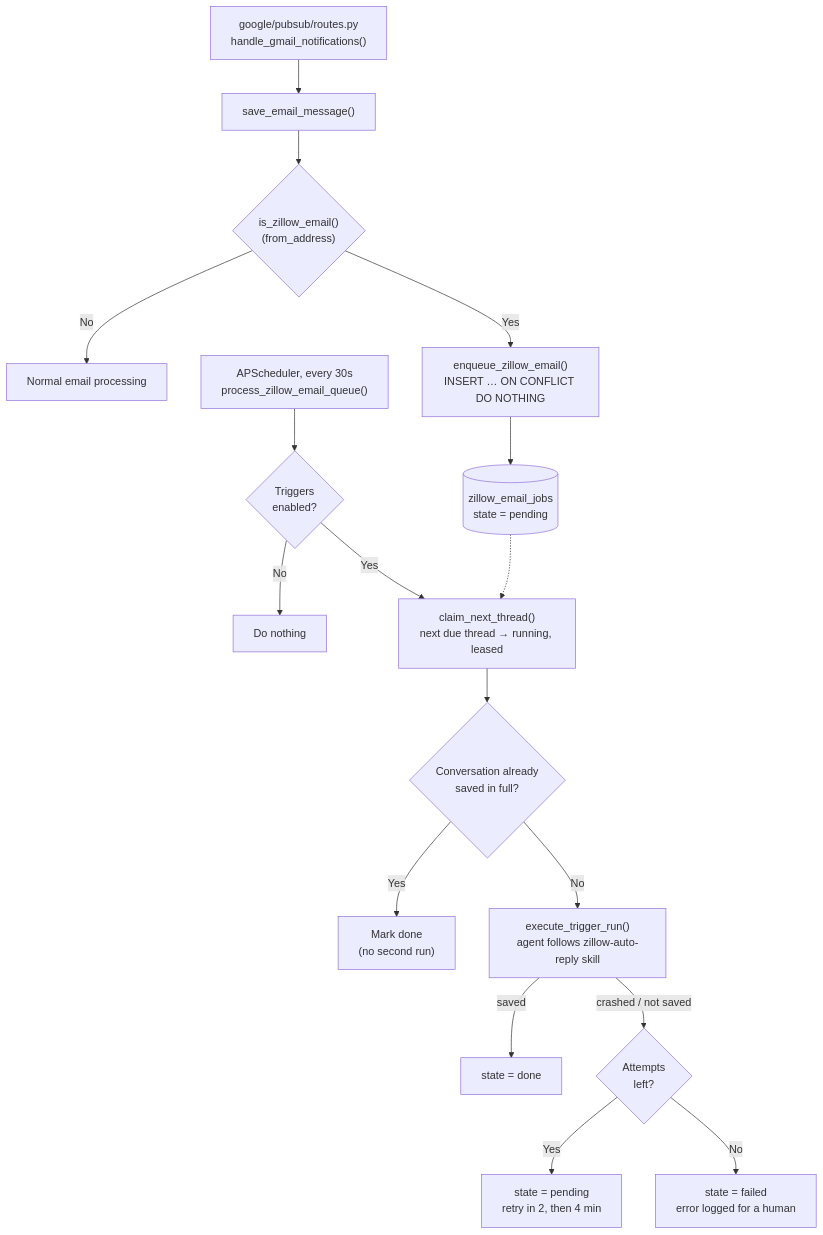
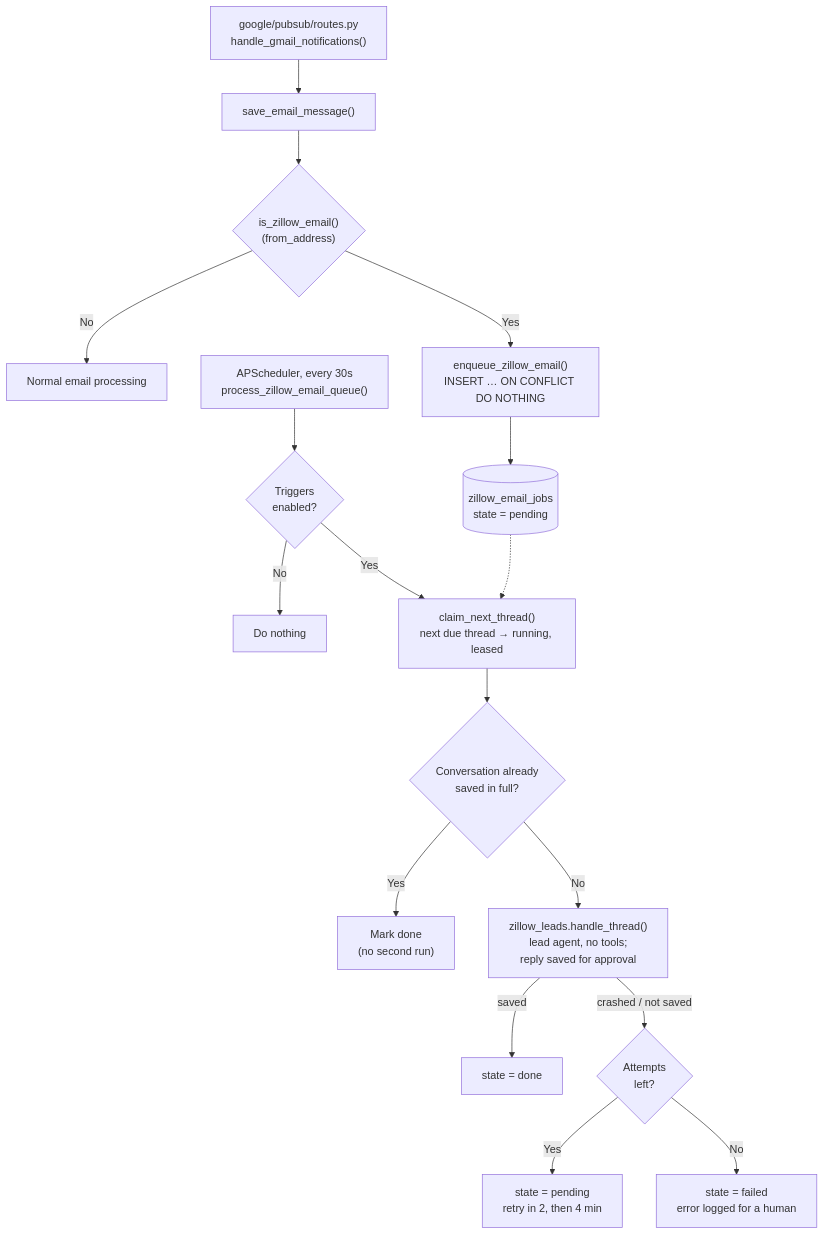
Before and after one commit to EmilioEsposito/portfolio: the fourth of 4 diagrams in api/src/sernia_ai/triggers/README.md, drawn with Mermaid. The commit also changed other lines of this file and 22 other files, not shown here.

````diff
--- a/api/src/sernia_ai/triggers/README.md
+++ b/api/src/sernia_ai/triggers/README.md
@@ -130,20 +123,20 @@
 ```mermaid
 flowchart TD
     PUBSUB["google/pubsub/routes.py<br/>handle_gmail_notifications()"] --> SAVE["save_email_message()"]
     SAVE --> CHECK{"is_zillow_email()<br/>(from_address)"}
     CHECK -->|No| DONE["Normal email processing"]
     CHECK -->|Yes| ENQ["enqueue_zillow_email()<br/>INSERT … ON CONFLICT DO NOTHING"]
     ENQ --> ROW[("zillow_email_jobs<br/>state = pending")]
 
     TICK["APScheduler, every 30s<br/>process_zillow_email_queue()"] --> ENABLED{"Triggers<br/>enabled?"}
     ENABLED -->|No| IDLE["Do nothing"]
     ENABLED -->|Yes| CLAIM["claim_next_thread()<br/>next due thread → running, leased"]
     ROW -.-> CLAIM
     CLAIM --> SEEN{"Conversation already<br/>saved in full?"}
     SEEN -->|Yes| MARK["Mark done<br/>(no second run)"]
-    SEEN -->|No| RUN["execute_trigger_run()<br/>agent follows zillow-auto-reply skill"]
+    SEEN -->|No| RUN["zillow_leads.handle_thread()<br/>lead agent, no tools;<br/>reply saved for approval"]
     RUN -->|saved| OK["state = done"]
     RUN -->|crashed / not saved| RETRY{"Attempts<br/>left?"}
     RETRY -->|Yes| BACK["state = pending<br/>retry in 2, then 4 min"]
     RETRY -->|No| DEAD["state = failed<br/>error logged for a human"]
 ```
````
